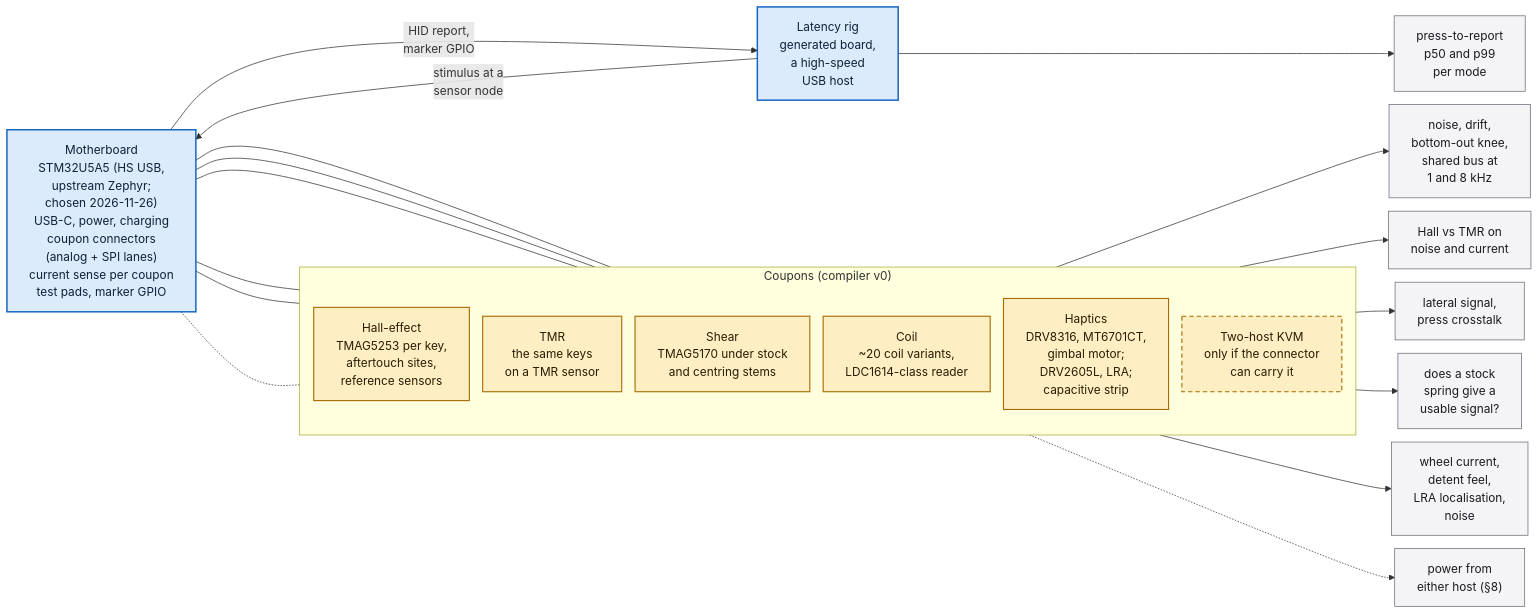
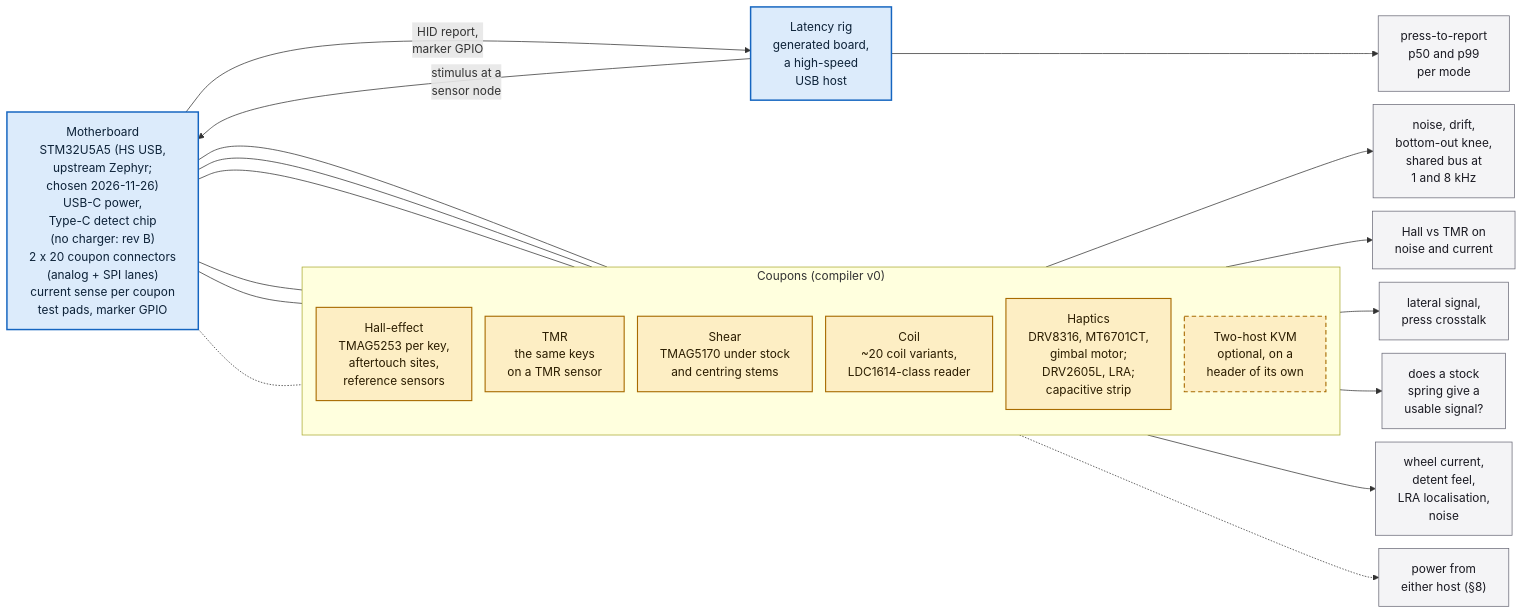
Before and after one commit to tyevco/prettycoolboards: diagram 20 of 22 in keyboard/docs/concept.md, drawn with Mermaid. The commit also changed other lines of this file and 41 other files, not shown here.

````diff
--- a/keyboard/docs/concept.md
+++ b/keyboard/docs/concept.md
@@ -1218,48 +1240,48 @@
 ```mermaid
 ---
 config:
   # the docs theme sets p { line-height: 28px }, which would clip the labels mermaid measured at 1.5
   themeCSS: "p { line-height: inherit; }"
   flowchart:
     nodeSpacing: 18
     rankSpacing: 44
     # without it the first coupon's border runs through the subgraph title
     subGraphTitleMargin: { top: 0, bottom: 8 }
 ---
 flowchart LR
-  MB["Motherboard<br/>STM32U5A5 (HS USB,<br/>upstream Zephyr;<br/>chosen 2026-11-26)<br/>USB-C, power, charging<br/>coupon connectors<br/>(analog + SPI lanes)<br/>current sense per coupon<br/>test pads, marker GPIO"]:::mb
+  MB["Motherboard<br/>STM32U5A5 (HS USB,<br/>upstream Zephyr;<br/>chosen 2026-11-26)<br/>USB-C power,<br/>Type-C detect chip<br/>(no charger: rev B)<br/>2 x 20 coupon connectors<br/>(analog + SPI lanes)<br/>current sense per coupon<br/>test pads, marker GPIO"]:::mb
 
   subgraph CP["Coupons (compiler v0)"]
     direction TB
     HE["Hall-effect<br/>TMAG5253 per key,<br/>aftertouch sites,<br/>reference sensors"]:::cp
     TMR["TMR<br/>the same keys<br/>on a TMR sensor"]:::cp
     SH["Shear<br/>TMAG5170 under stock<br/>and centring stems"]:::cp
     COIL["Coil<br/>~20 coil variants,<br/>LDC1614-class reader"]:::cp
     HAP["Haptics<br/>DRV8316, MT6701CT,<br/>gimbal motor;<br/>DRV2605L, LRA;<br/>capacitive strip"]:::cp
-    KVM["Two-host KVM<br/>only if the connector<br/>can carry it"]:::opt
+    KVM["Two-host KVM<br/>optional, on a<br/>header of its own"]:::opt
   end
 
   MB --- HE
   MB --- TMR
   MB --- SH
   MB --- COIL
   MB --- HAP
   MB -.- KVM
 
   HE --> mHE["noise, drift,<br/>bottom-out knee,<br/>shared bus at<br/>1 and 8 kHz"]:::q
   TMR --> mTMR["Hall vs TMR on<br/>noise and current"]:::q
   SH --> mSH["lateral signal,<br/>press crosstalk"]:::q
   COIL --> mCOIL["does a stock<br/>spring give a<br/>usable signal?"]:::q
   HAP --> mHAP["wheel current,<br/>detent feel,<br/>LRA localisation,<br/>noise"]:::q
   KVM -.-> mKVM["power from<br/>either host (§8)"]:::q
 
   RIG["Latency rig<br/>generated board,<br/>a high-speed<br/>USB host"]:::mb
   RIG -->|"stimulus at a<br/>sensor node"| MB
   MB -->|"HID report,<br/>marker GPIO"| RIG
   RIG --> mRIG["press-to-report<br/>p50 and p99<br/>per mode"]:::q
 
   classDef mb fill:#dcebfb,stroke:#1565c0,stroke-width:2px,color:#0d2238
   classDef cp fill:#fdeec4,stroke:#a86b00,stroke-width:1.5px,color:#2b1d00
   classDef opt fill:#fdeec4,stroke:#a86b00,stroke-width:1.5px,stroke-dasharray:6 4,color:#2b1d00
   classDef q fill:#f4f4f6,stroke:#6b6b78,stroke-width:1px,color:#1a1a22
 ```
````
